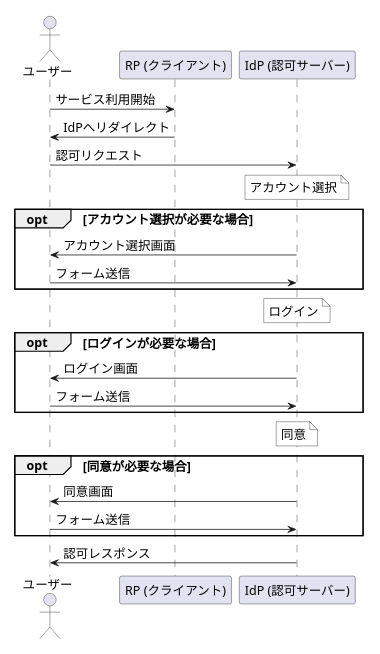
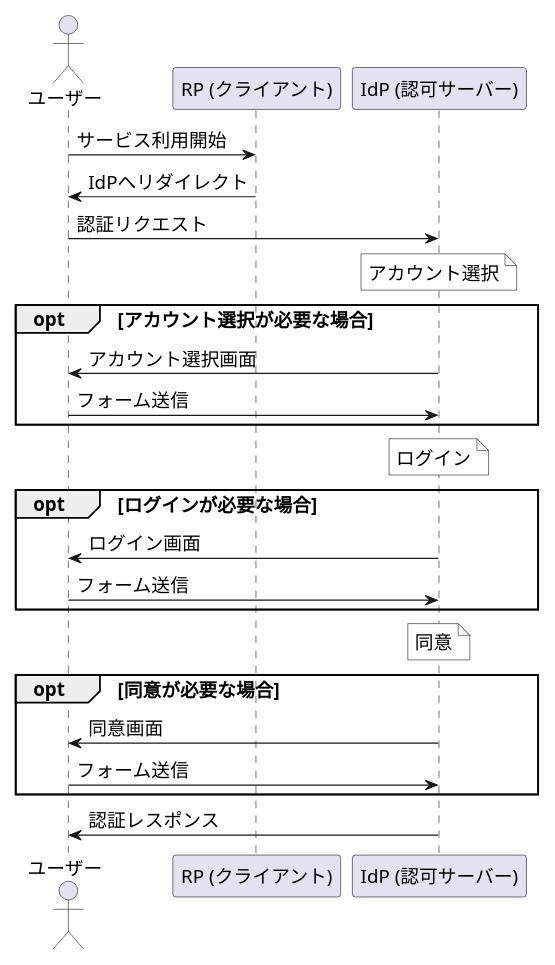
The third of 4 diagrams in packages/2025-06-15-fp-matsuri/slides.md (iwasa-kosui/slides-next), drawn with PlantUML before and after one commit. The commit also changed other lines of this file and 3 other files, not shown here.

````diff
--- a/packages/2025-06-15-fp-matsuri/slides.md
+++ b/packages/2025-06-15-fp-matsuri/slides.md
@@ -168,39 +380,39 @@
 ```plantuml
 @startuml
-scale max 240 width
+scale max 360 width
 <style>
 element {
   FontSize: 16;
 }
 </style>
 
 actor ユーザー as User
 participant "RP (クライアント)" as RP
 participant "IdP (認可サーバー)" as IdP
 
 User -> RP: サービス利用開始
 RP -> User: IdPへリダイレクト
 
-User -> IdP: 認可リクエスト
+User -> IdP: 認証リクエスト
 
 note over IdP #fff : アカウント選択
 opt アカウント選択が必要な場合
     IdP -> User: アカウント選択画面
     User -> IdP: フォーム送信
 end
 
 note over IdP #fff : ログイン
 opt ログインが必要な場合
     IdP -> User: ログイン画面
     User -> IdP: フォーム送信
 end
 
 note over IdP #fff : 同意
 opt 同意が必要な場合
     IdP -> User: 同意画面
     User -> IdP: フォーム送信
 end
 
-IdP -> User: 認可レスポンス
+IdP -> User: 認証レスポンス
 @enduml
 ```
````
